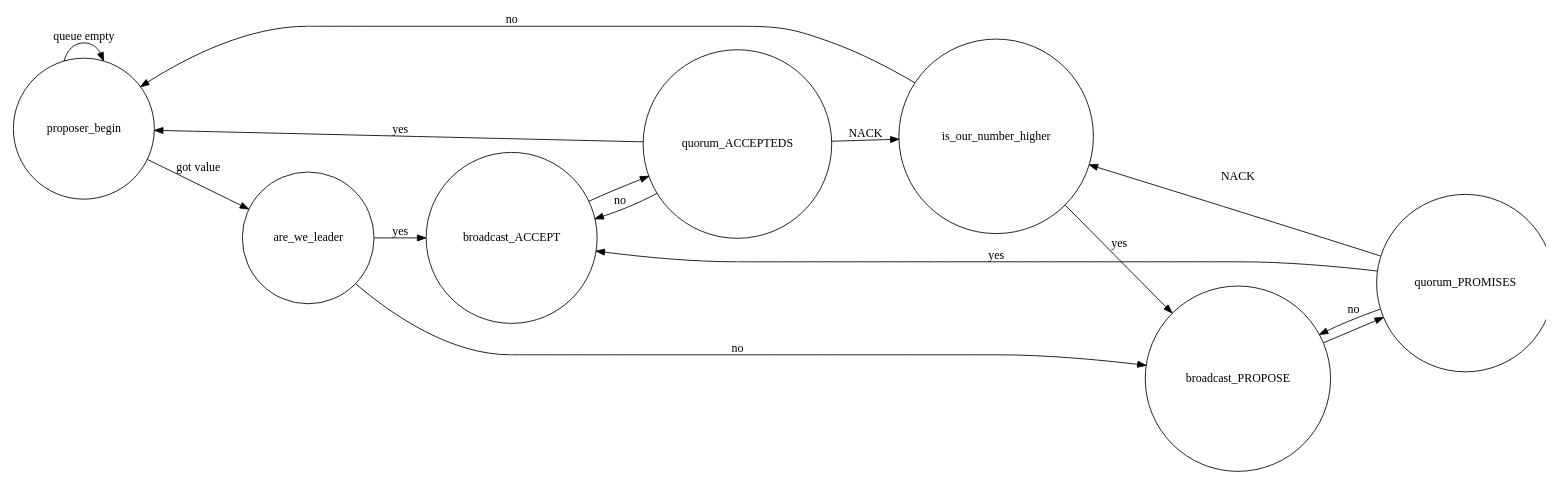
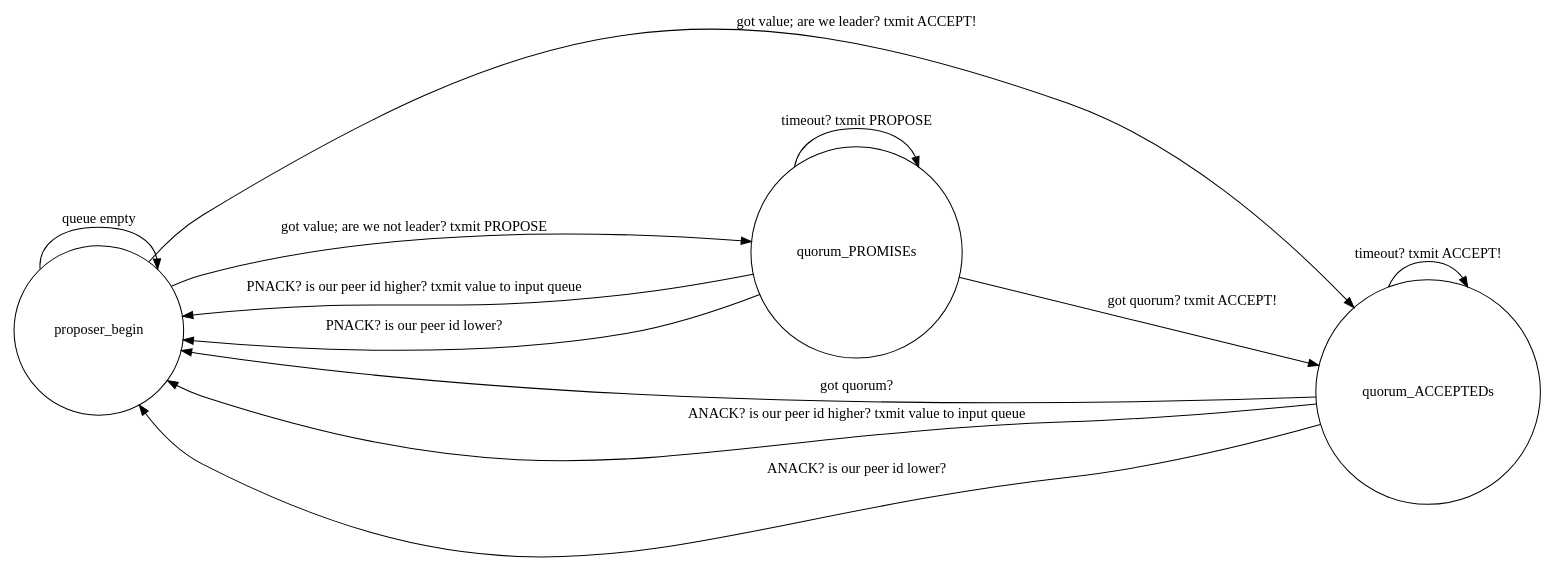
Before and after one commit to carlopires/libconsent: the diagram in techdoc/proposersm.dot, drawn with Graphviz.

Commit message:
Update proposer state machine graph from algo.

```diff
--- a/techdoc/proposersm.dot
+++ b/techdoc/proposersm.dot
@@ -1,20 +1,19 @@
 digraph proposer {
   rankdir=LR;
   size="16,8"
   node [shape = circle];
 
   proposer_begin -> proposer_begin [ label = "queue empty" ];
-  proposer_begin -> are_we_leader [ label = "got value" ];
-  are_we_leader -> broadcast_ACCEPT [ label = "yes" ];
-  are_we_leader -> broadcast_PROPOSE [ label = "no" ];
-  broadcast_PROPOSE -> quorum_PROMISES;
-  quorum_PROMISES -> broadcast_PROPOSE [ label = "no" ];
-  quorum_PROMISES -> broadcast_ACCEPT [ label = "yes" ];
-  quorum_PROMISES -> is_our_number_higher [ label = "NACK" ];
-  is_our_number_higher -> proposer_begin [ label = "no" ];
-  is_our_number_higher -> broadcast_PROPOSE [ label = "yes" ];
-  broadcast_ACCEPT -> quorum_ACCEPTEDS;
-  quorum_ACCEPTEDS -> broadcast_ACCEPT [ label = "no" ];
-  quorum_ACCEPTEDS -> proposer_begin [ label = "yes" ];
-  quorum_ACCEPTEDS -> is_our_number_higher [ label = "NACK" ];
+  proposer_begin -> quorum_ACCEPTEDs [ label = "got value; are we leader? txmit ACCEPT!" ];
+  proposer_begin -> quorum_PROMISEs [ label = "got value; are we not leader? txmit PROPOSE" ];
+
+  quorum_ACCEPTEDs -> proposer_begin [ label = "got quorum?" ];
+  quorum_ACCEPTEDs -> proposer_begin [ label = "ANACK? is our peer id higher? txmit value to input queue" ];
+  quorum_ACCEPTEDs -> proposer_begin [ label = "ANACK? is our peer id lower?" ];
+  quorum_ACCEPTEDs -> quorum_ACCEPTEDs [ label = "timeout? txmit ACCEPT!" ];
+
+  quorum_PROMISEs -> quorum_ACCEPTEDs [ label = "got quorum? txmit ACCEPT!" ];
+  quorum_PROMISEs -> proposer_begin [ label = "PNACK? is our peer id higher? txmit value to input queue" ];
+  quorum_PROMISEs -> proposer_begin [ label = "PNACK? is our peer id lower?" ];
+  quorum_PROMISEs -> quorum_PROMISEs [ label = "timeout? txmit PROPOSE" ];
 }
```
